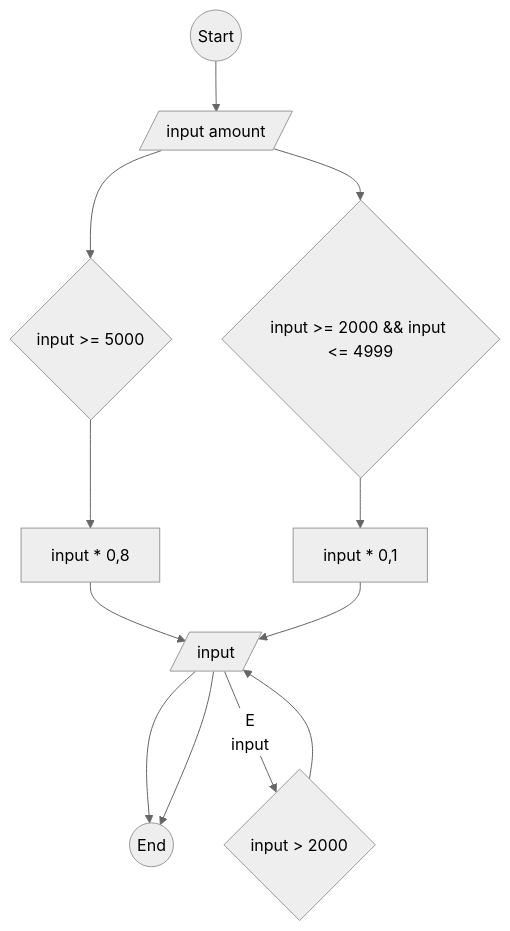
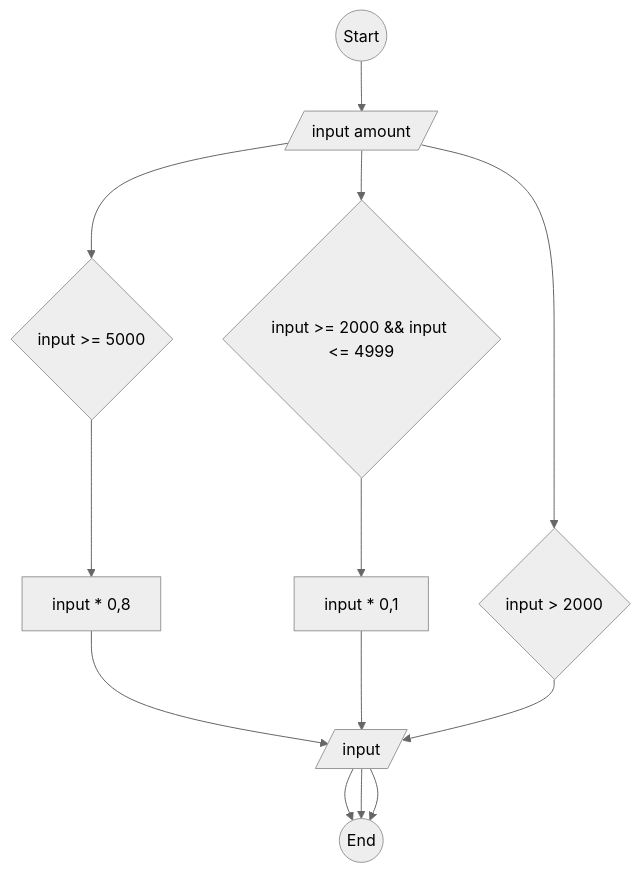
One commit to ihabau/Lexicon-lesson3-flowcharts changed the diagram in Exercise4.md. Above: the diagram before and after it, drawn with Mermaid (neutral theme).

Commit message:
exercise4

````diff
--- a/Exercise4.md
+++ b/Exercise4.md
@@ -29,7 +29,7 @@
 ```mermaid
 graph TD
 S((Start)) --> input[/input amount/]
 input --> ifdisc{input >= 5000} --> res1[input * 0,8] --> output[/res1/] --> E((End))
-input --> ifdisc2{input >= 2000 && input <= 4999} --> res2[input * 0,1] --> output[/res2/] --E
+input --> ifdisc2{input >= 2000 && input <= 4999} --> res2[input * 0,1] --> output[/res2/] --> E
 input --> else{input > 2000} --> output[/input/] --> E
 ```
````
